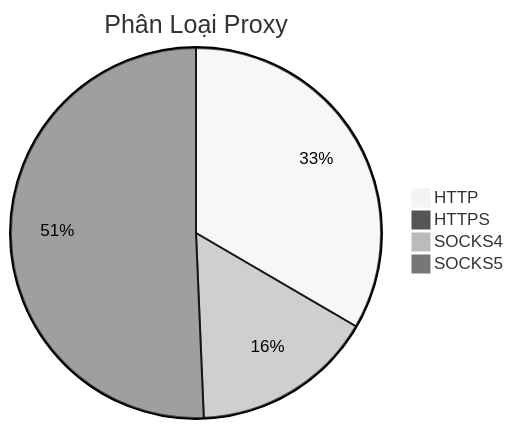
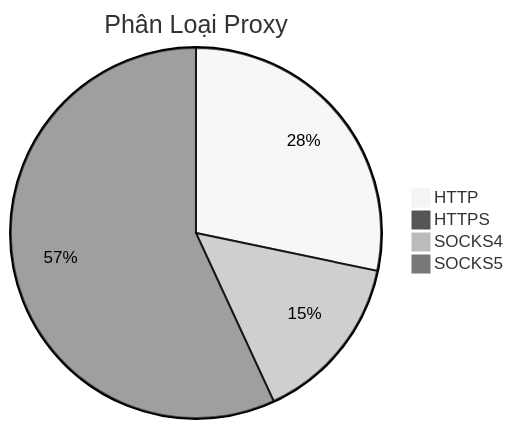
Before and after one commit to Ciara-12/PROXY-free: the diagram in README.md, drawn with Mermaid (neutral theme). The commit also changed other lines of this file and 3 other files, not shown here.

````diff
--- a/README.md
+++ b/README.md
@@ -26,7 +26,7 @@
 ```mermaid
 pie title Phân Loại Proxy
-    "HTTP" : 596
+    "HTTP" : 431
     "HTTPS" : 0
-    "SOCKS4" : 284
-    "SOCKS5" : 904
+    "SOCKS4" : 226
+    "SOCKS5" : 867
 ```
````
